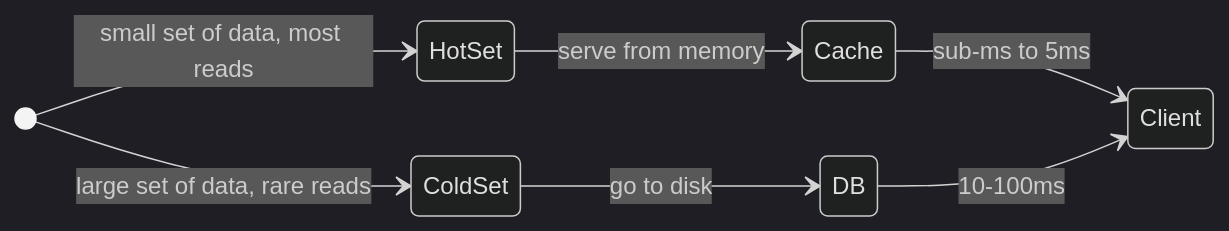
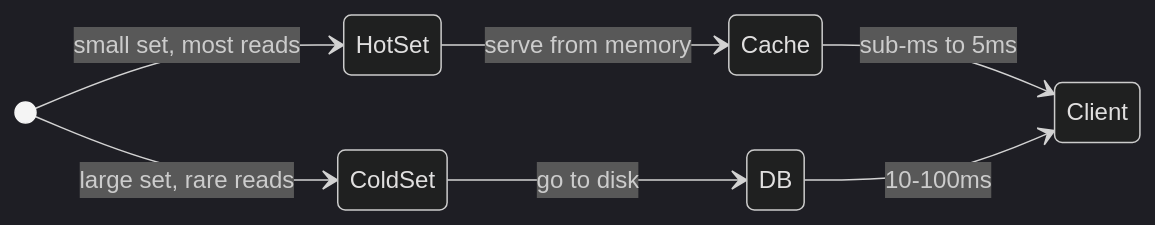
The first of 13 diagrams in problems/017-read-heavy-patterns/question.md (shiningflash/system-design), drawn with Mermaid (dark theme) before and after one commit. The commit also changed other lines of this file and 37 other files, not shown here.

````diff
--- a/problems/017-read-heavy-patterns/question.md
+++ b/problems/017-read-heavy-patterns/question.md
@@ -28,10 +29,10 @@
 ```mermaid
 stateDiagram-v2
     direction LR
-    [*] --> HotSet: small set of data, most reads
-    [*] --> ColdSet: large set of data, rare reads
+    [*] --> HotSet: small set, most reads
+    [*] --> ColdSet: large set, rare reads
     HotSet --> Cache: serve from memory
     ColdSet --> DB: go to disk
     Cache --> Client: sub-ms to 5ms
     DB --> Client: 10-100ms
 ```
````
